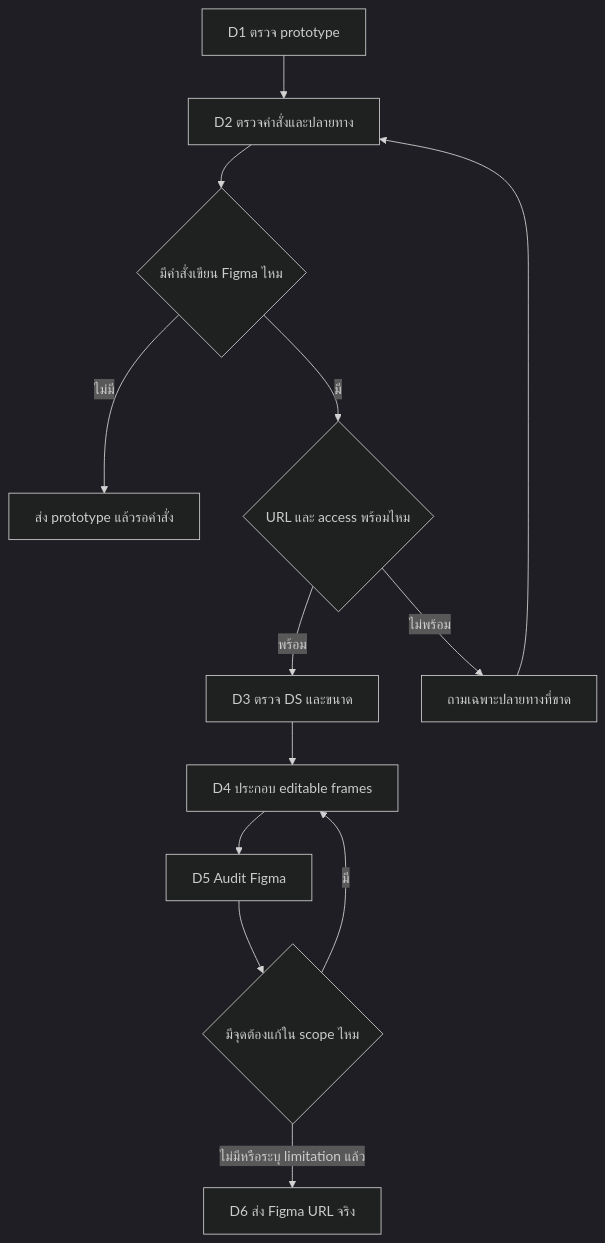
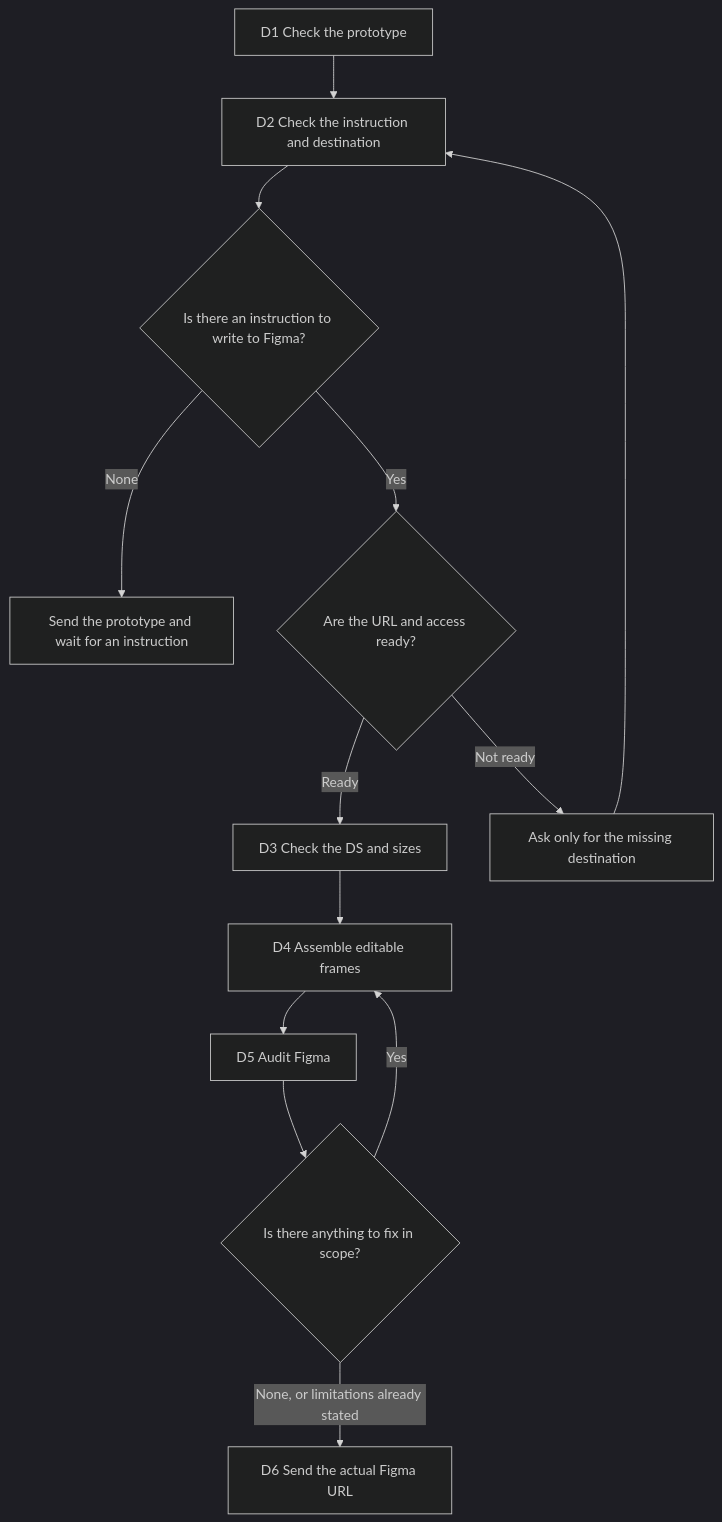
One commit to PraewNAT/cariva-design-workspace changed the fifth of 7 diagrams in design-system/rules/workflow-map.md. Above: the diagram before and after it, drawn with Mermaid (dark theme). The commit also changed other lines of this file and 190 other files, not shown here.

````diff
--- a/design-system/rules/workflow-map.md
+++ b/design-system/rules/workflow-map.md
@@ -139,16 +139,16 @@
 ```mermaid
 flowchart TD
-    D1["D1 ตรวจ prototype"]
-    D2["D2 ตรวจคำสั่งและปลายทาง"]
-    D3["D3 ตรวจ DS และขนาด"]
-    D4["D4 ประกอบ editable frames"]
+    D1["D1 Check the prototype"]
+    D2["D2 Check the instruction and destination"]
+    D3["D3 Check the DS and sizes"]
+    D4["D4 Assemble editable frames"]
     D5["D5 Audit Figma"]
-    D6["D6 ส่ง Figma URL จริง"]
-    D1 --> D2 --> Q{มีคำสั่งเขียน Figma ไหม}
-    Q -->|ไม่มี| P[ส่ง prototype แล้วรอคำสั่ง]
-    Q -->|มี| A{URL และ access พร้อมไหม}
-    A -->|ไม่พร้อม| B[ถามเฉพาะปลายทางที่ขาด] --> D2
-    A -->|พร้อม| D3 --> D4 --> D5 --> V{มีจุดต้องแก้ใน scope ไหม}
-    V -->|มี| D4
-    V -->|ไม่มีหรือระบุ limitation แล้ว| D6
+    D6["D6 Send the actual Figma URL"]
+    D1 --> D2 --> Q{Is there an instruction to write to Figma?}
+    Q -->|None| P[Send the prototype and wait for an instruction]
+    Q -->|Yes| A{Are the URL and access ready?}
+    A -->|Not ready| B[Ask only for the missing destination] --> D2
+    A -->|Ready| D3 --> D4 --> D5 --> V{Is there anything to fix in scope?}
+    V -->|Yes| D4
+    V -->|None, or limitations already stated| D6
 ```
````
